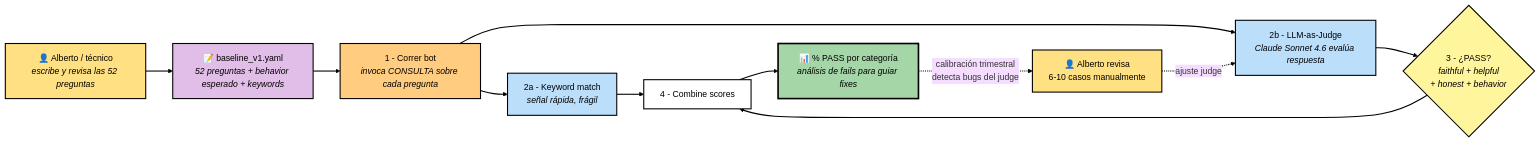
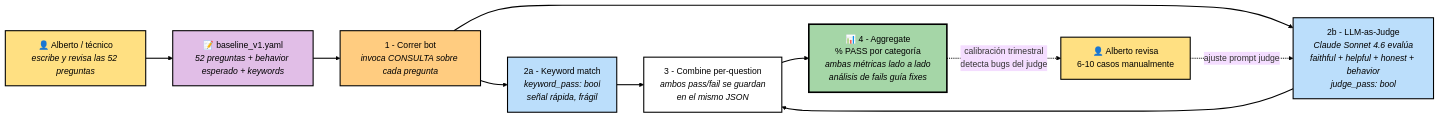
The seventh of 8 diagrams in docs/ARCHITECTURE.md (albertofontiber/technical_bot), drawn with Mermaid (base theme) before and after one commit.

Commit message:
ARCHITECTURE.md §4.4: fix EVAL diagram — both scores converge cleanly
User caught a visual/conceptual bug in the EVAL flow:
- The "¿PASS?" diamond was rendering as a terminal node after the judge,
  making it look like LLM-Judge bypassed the "% PASS por categoría" and
  "Alberto revisa" steps.
- Conceptually the diamond was also wrong: it implied only the judge had
  PASS/FAIL criteria, but keyword_match also produces a pass/fail (matched
  keywords ≥ threshold). The 4 criteria (faithful/helpful/honest/behavior)
  are evaluation internals of the judge, not a separate gate.

Fix: remove the standalone diamond. The faithful/helpful/honest/behavior
criteria are now shown as italics inside the Score2 (LLM-Judge) node where
they're actually computed. Both Score1 (keyword) and Score2 (judge) converge
into Combine, which aggregates per-question (both pass booleans live in the
JSON log). Combine flows to the % PASS aggregate. Matches run_eval.py
behavior.

````diff
--- a/docs/ARCHITECTURE.md
+++ b/docs/ARCHITECTURE.md
@@ -430,25 +430,23 @@
 ```mermaid
 flowchart LR
     Human[👤 Alberto / técnico<br><i>escribe y revisa las 52 preguntas</i>] --> YAML
     YAML[📝 baseline_v1.yaml<br><i>52 preguntas + behavior esperado + keywords</i>] --> Runner[1 - Correr bot<br><i>invoca CONSULTA sobre cada pregunta</i>]
-    Runner --> Score1[2a - Keyword match<br><i>señal rápida, frágil</i>]
-    Runner --> Score2[2b - LLM-as-Judge<br><i>Claude Sonnet 4.6 evalúa respuesta</i>]
-    Score2 --> J{3 - ¿PASS?<br><i>faithful + helpful<br>+ honest + behavior</i>}
-    Score1 --> Combine[4 - Combine scores]
-    J --> Combine
-    Combine --> Report[📊 % PASS por categoría<br><i>análisis de fails para guiar fixes</i>]
+    Runner --> Score1[2a - Keyword match<br><i>keyword_pass: bool<br>señal rápida, frágil</i>]
+    Runner --> Score2[2b - LLM-as-Judge<br><i>Claude Sonnet 4.6 evalúa<br>faithful + helpful + honest + behavior<br>judge_pass: bool</i>]
+    Score1 --> Combine[3 - Combine per-question<br><i>ambos pass/fail se guardan<br>en el mismo JSON</i>]
+    Score2 --> Combine
+    Combine --> Report[📊 4 - Aggregate<br>% PASS por categoría<br><i>ambas métricas lado a lado<br>análisis de fails guía fixes</i>]
     Report -.->|calibración trimestral<br>detecta bugs del judge| HumanReview[👤 Alberto revisa<br>6-10 casos manualmente]
-    HumanReview -.->|ajuste judge| Score2
+    HumanReview -.->|ajuste prompt judge| Score2
 
     style Human fill:#ffe082,stroke:#000000,color:#000000,stroke-width:2px
     style YAML fill:#e1bee7,stroke:#000000,color:#000000,stroke-width:2px
     style Runner fill:#ffcc80,stroke:#000000,color:#000000,stroke-width:2px
     style Score1 fill:#bbdefb,stroke:#000000,color:#000000,stroke-width:2px
     style Score2 fill:#bbdefb,stroke:#000000,color:#000000,stroke-width:2px
-    style J fill:#fff59d,stroke:#000000,color:#000000,stroke-width:2px
     style Combine fill:#ffffff,stroke:#000000,color:#000000,stroke-width:2px
     style Report fill:#a5d6a7,stroke:#000000,color:#000000,stroke-width:3px
     style HumanReview fill:#ffe082,stroke:#000000,color:#000000,stroke-width:2px
 
     linkStyle default stroke:#000000,stroke-width:2px
 ```
````
